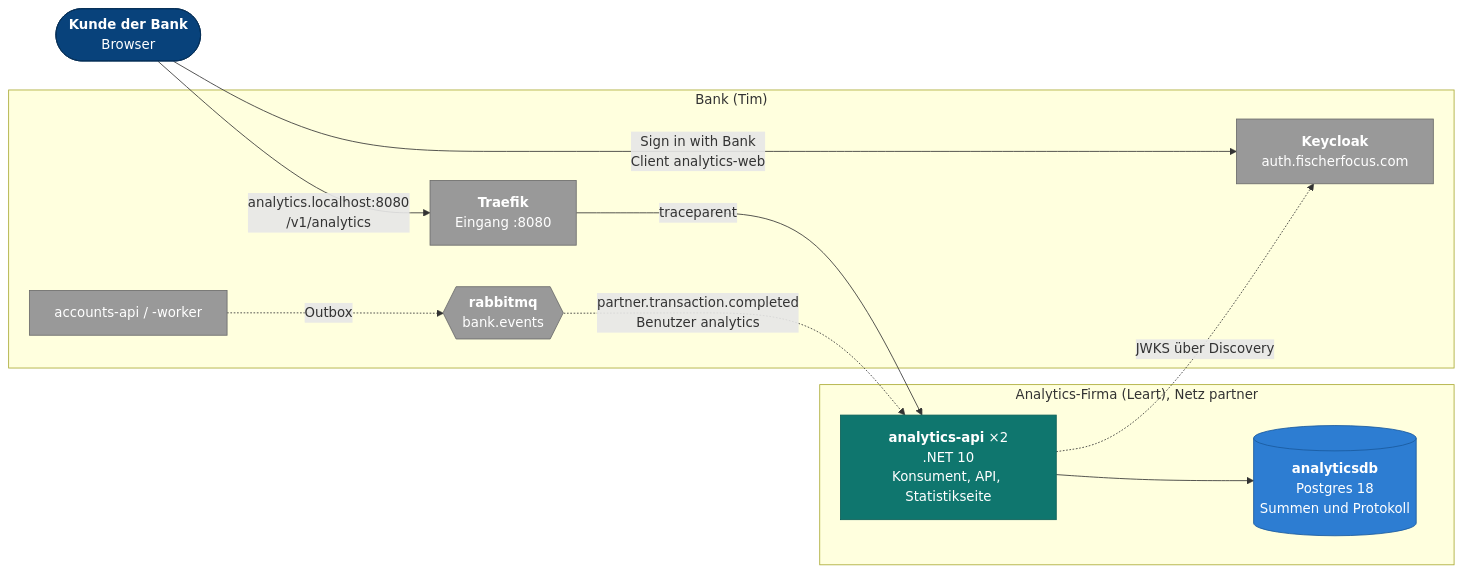
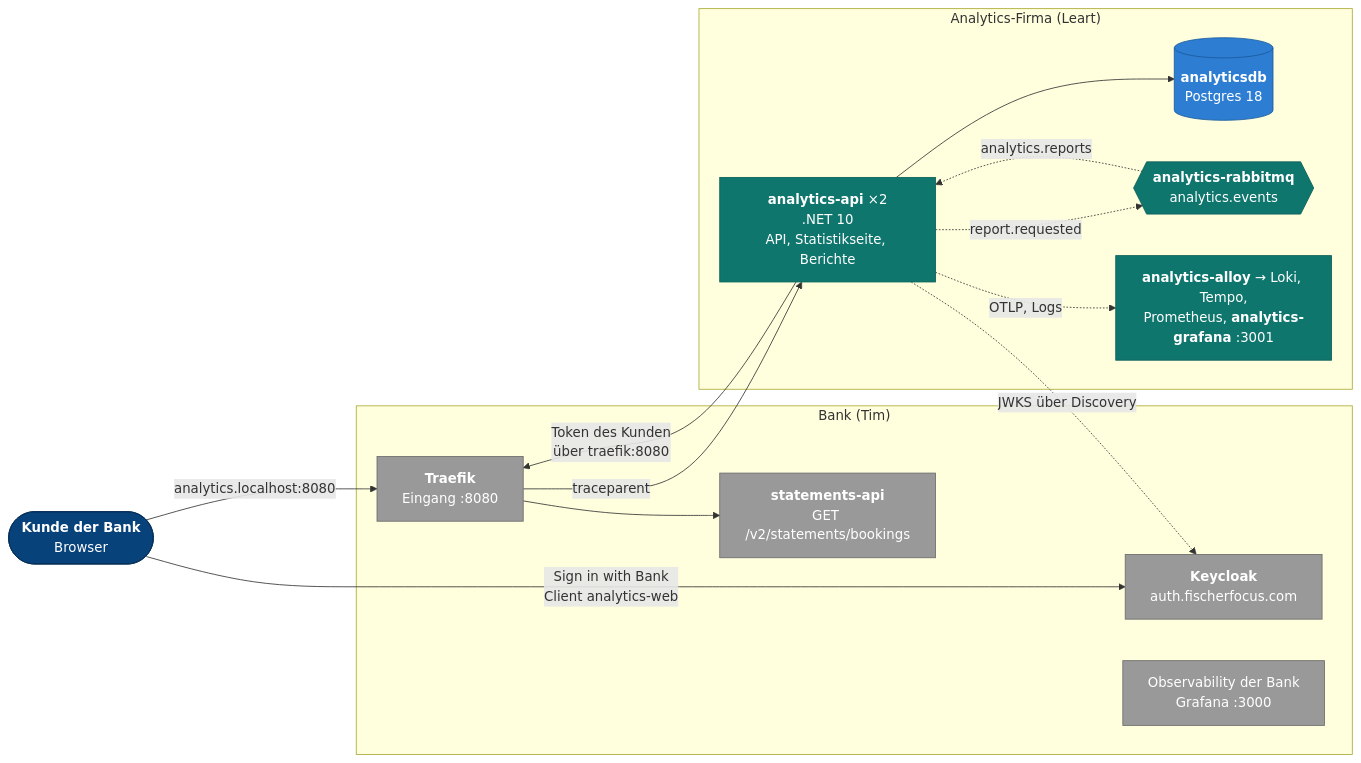
The first of 5 diagrams in docs/architecture.md (Leart165/321_leart), drawn with Mermaid before and after one commit. The commit also changed other lines of this file and 110 other files, not shown here.

First line of the commit message:
Read bookings over HTTP from the bank, own broker and own observability

````diff
--- a/docs/architecture.md
+++ b/docs/architecture.md
@@ -15,33 +15,38 @@
 ```mermaid
 flowchart LR
     kunde(["<b>Kunde der Bank</b><br/>Browser"])
 
     subgraph bank["Bank (Tim)"]
         traefik["<b>Traefik</b><br/>Eingang :8080"]
         kc["<b>Keycloak</b><br/>auth.fischerfocus.com"]
-        acc["accounts-api / -worker"]
-        mq{{"<b>rabbitmq</b><br/>bank.events"}}
+        stmt["<b>statements-api</b><br/>GET /v2/statements/bookings"]
+        bobs["Observability der Bank<br/>Grafana :3000"]
     end
 
-    subgraph partner["Analytics-Firma (Leart), Netz partner"]
-        api["<b>analytics-api</b> ×2<br/>.NET 10<br/>Konsument, API, Statistikseite"]
-        db[("<b>analyticsdb</b><br/>Postgres 18<br/>Summen und Protokoll")]
+    subgraph partner["Analytics-Firma (Leart)"]
+        api["<b>analytics-api</b> ×2<br/>.NET 10<br/>API, Statistikseite, Berichte"]
+        db[("<b>analyticsdb</b><br/>Postgres 18")]
+        amq{{"<b>analytics-rabbitmq</b><br/>analytics.events"}}
+        obs["<b>analytics-alloy</b> → Loki, Tempo,<br/>Prometheus, <b>analytics-grafana</b> :3001"]
     end
 
     kunde -->|"Sign in with Bank<br/>Client analytics-web"| kc
-    kunde -->|"analytics.localhost:8080<br/>/v1/analytics"| traefik
+    kunde -->|"analytics.localhost:8080"| traefik
     traefik -->|"traceparent"| api
-    acc -.->|"Outbox"| mq
-    mq -.->|"partner.transaction.completed<br/>Benutzer analytics"| api
+    api -->|"Token des Kunden<br/>über traefik:8080"| traefik
+    traefik --> stmt
     api -.->|"JWKS über Discovery"| kc
     api --> db
+    api -.->|"report.requested"| amq
+    amq -.->|"analytics.reports"| api
+    api -.->|"OTLP, Logs"| obs
 
     classDef person fill:#08427b,stroke:#052e56,color:#ffffff
     classDef mine fill:#0f766e,stroke:#0b5f58,color:#ffffff
     classDef store fill:#2d7dd2,stroke:#1a5a9e,color:#ffffff
     classDef other fill:#999999,stroke:#6b6b6b,color:#ffffff
     class kunde person
-    class api mine
+    class api,amq,obs mine
     class db store
-    class traefik,kc,acc,mq other
+    class traefik,kc,stmt,bobs other
 ```
````
